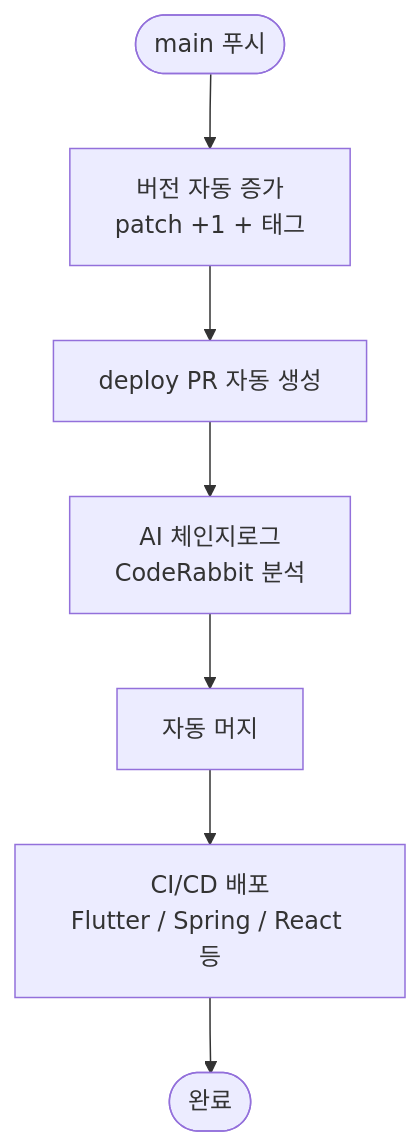
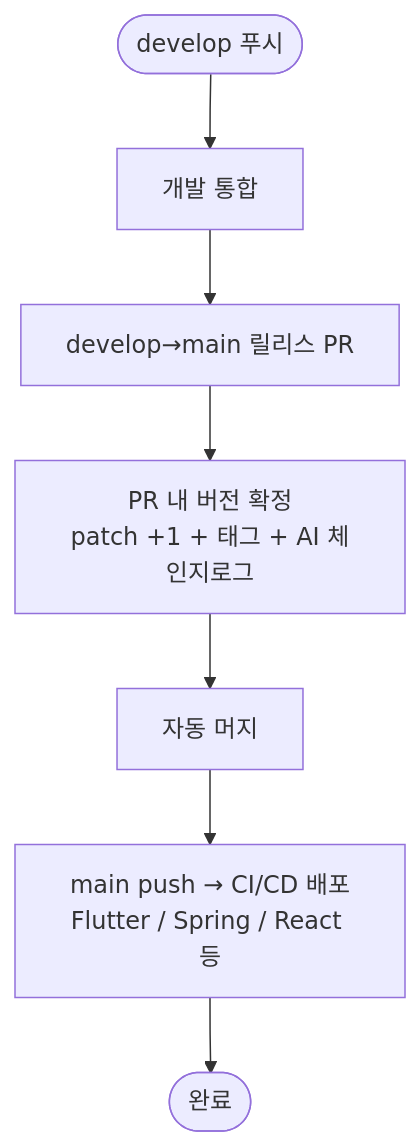
Before and after one commit to Cassiiopeia/SUH-DEVOPS-TEMPLATE: the second of 2 diagrams in README.md, drawn with Mermaid. The commit also changed other lines of this file and 1 other file, not shown here.

Commit message:
deploy 브랜치 폐기 및 develop/main 표준 브랜치 전략 전환 : docs : README·CONTRIBUTING의 파이프라인·브랜치 구조 서술을 develop/main 구조로 갱신 https://github.com/Cassiiopeia/projectops/issues/425

````diff
--- a/README.md
+++ b/README.md
@@ -68,9 +68,9 @@
 ```mermaid
 flowchart TD
-    A([main 푸시]) --> B[버전 자동 증가\npatch +1 + 태그]
-    B --> C[deploy PR 자동 생성]
-    C --> D[AI 체인지로그\nCodeRabbit 분석]
+    A([develop 푸시]) --> B[개발 통합]
+    B --> C[develop→main 릴리스 PR]
+    C --> D[PR 내 버전 확정\npatch +1 + 태그 + AI 체인지로그]
     D --> E[자동 머지]
-    E --> F[CI/CD 배포\nFlutter / Spring / React 등]
+    E --> F[main push → CI/CD 배포\nFlutter / Spring / React 등]
     F --> G([완료])
 ```
````
